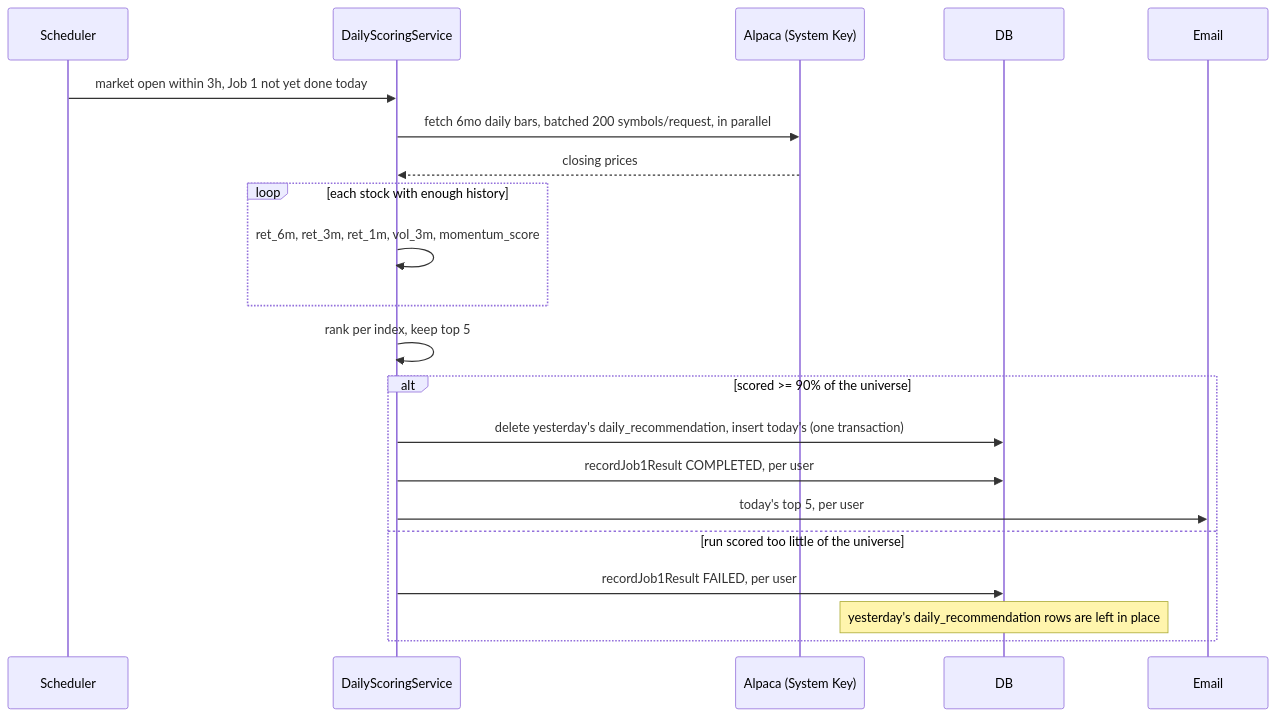
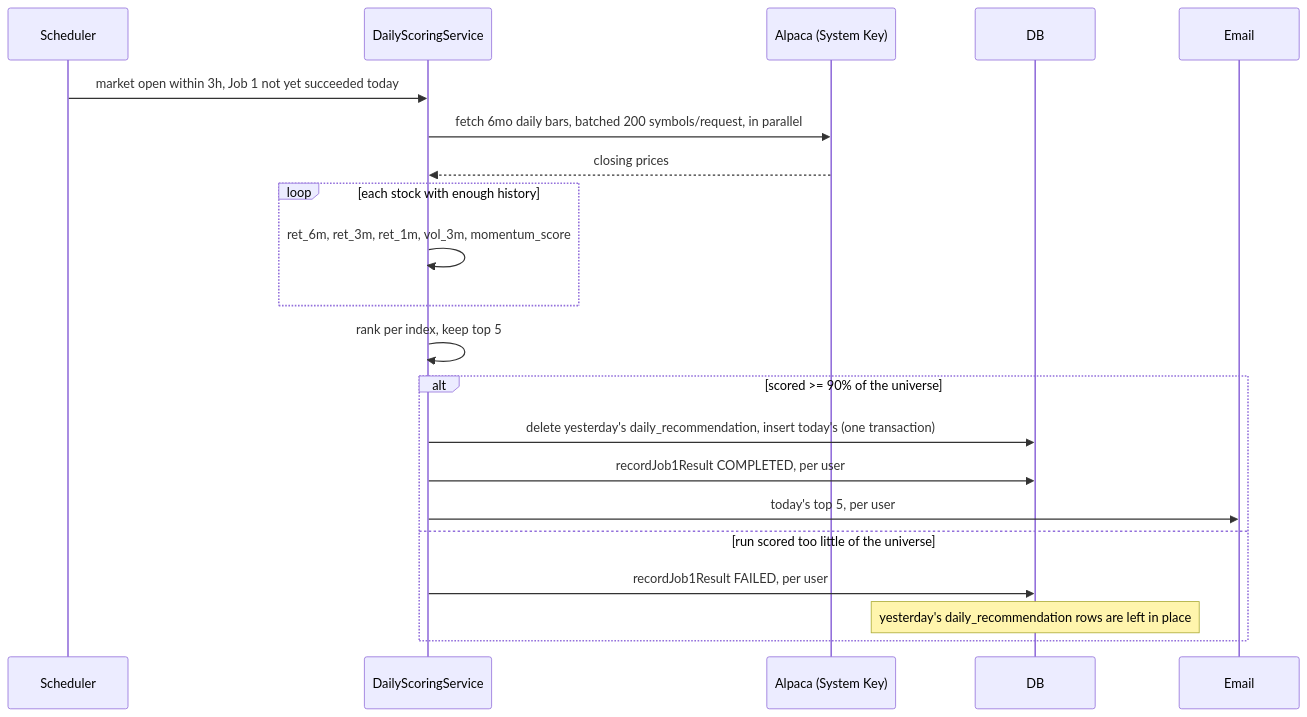
The first of 3 diagrams in docs/sequence-diagram.md (shivam-tamboli/momentum-trading-system), drawn with Mermaid before and after one commit. The commit also changed other lines of this file and 10 other files, not shown here.

````diff
--- a/docs/sequence-diagram.md
+++ b/docs/sequence-diagram.md
@@ -7,27 +9,27 @@
 ```mermaid
 sequenceDiagram
     participant Scheduler
     participant Service as DailyScoringService
     participant Alpaca as Alpaca (System Key)
     participant DB
     participant Email
 
-    Scheduler->>Service: market open within 3h, Job 1 not yet done today
+    Scheduler->>Service: market open within 3h, Job 1 not yet succeeded today
     Service->>Alpaca: fetch 6mo daily bars, batched 200 symbols/request, in parallel
     Alpaca-->>Service: closing prices
 
     loop each stock with enough history
         Service->>Service: ret_6m, ret_3m, ret_1m, vol_3m, momentum_score
     end
 
     Service->>Service: rank per index, keep top 5
 
     alt scored >= 90% of the universe
         Service->>DB: delete yesterday's daily_recommendation, insert today's (one transaction)
         Service->>DB: recordJob1Result COMPLETED, per user
         Service->>Email: today's top 5, per user
     else run scored too little of the universe
         Service->>DB: recordJob1Result FAILED, per user
         Note over DB: yesterday's daily_recommendation rows are left in place
     end
 ```
````
